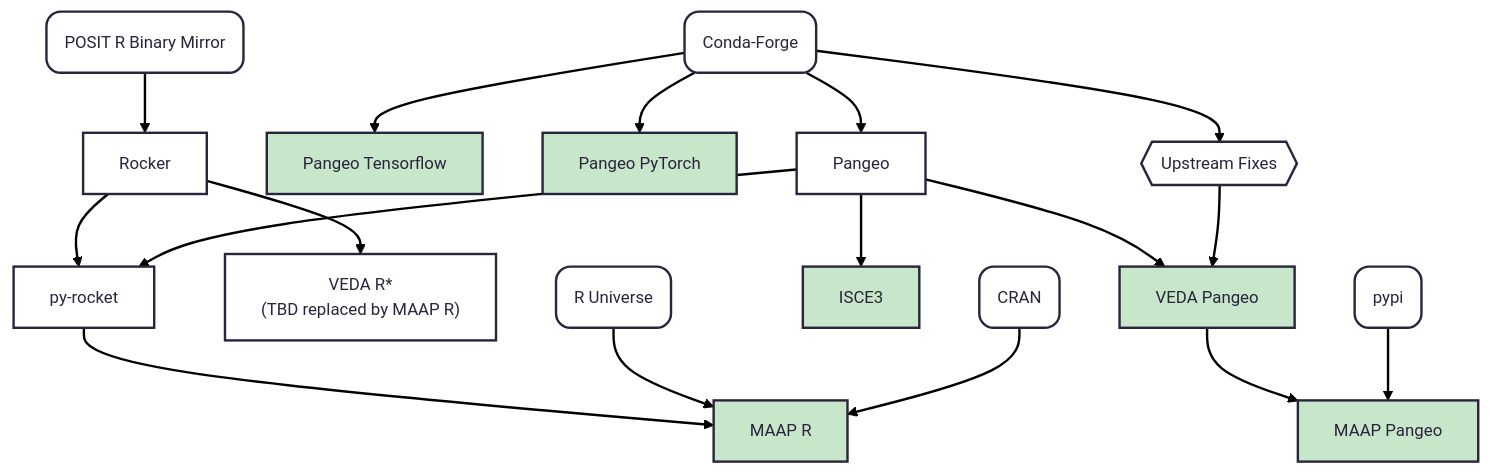
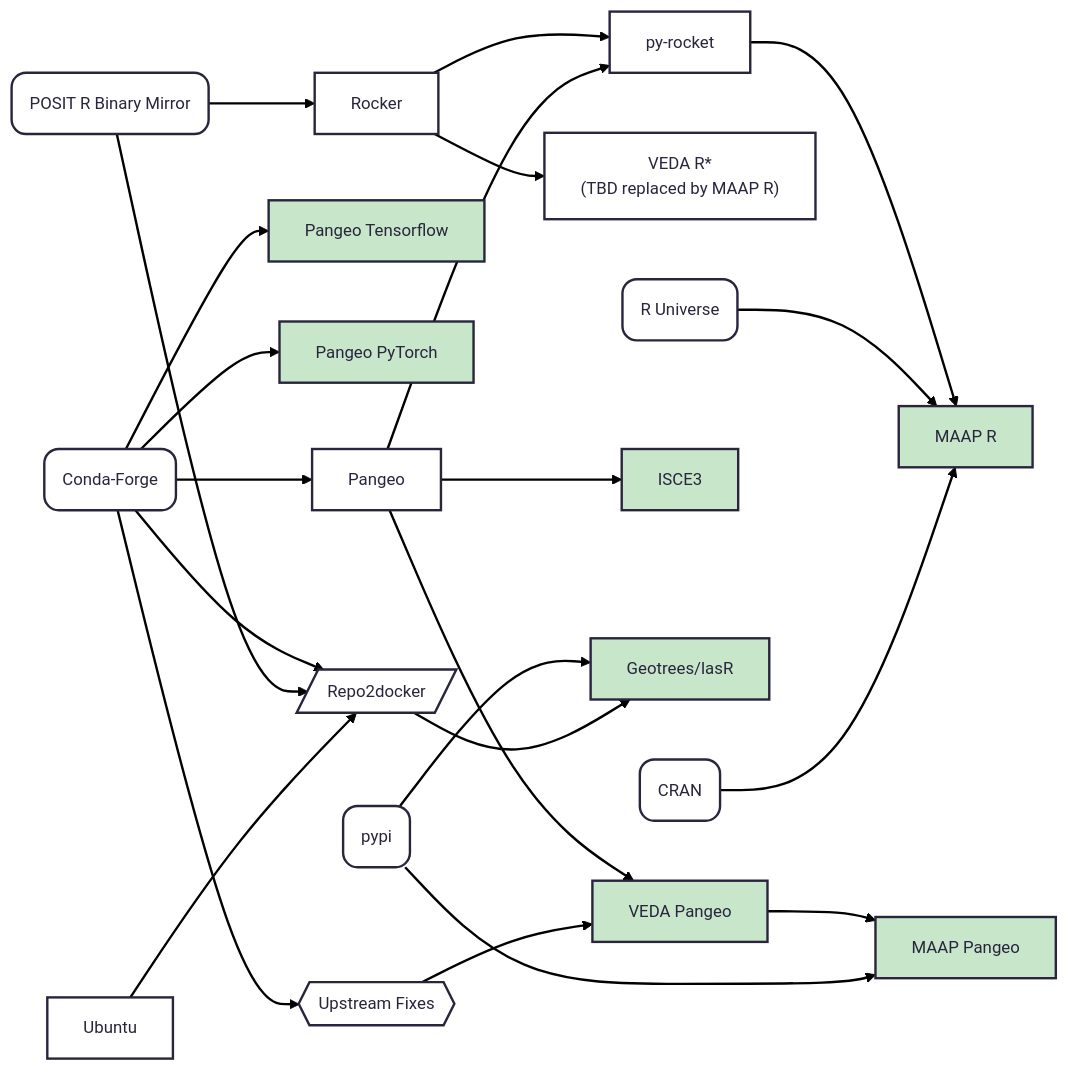
The diagram in workspaces.md (NASA-IMPACT/science-support), drawn with Mermaid before and after one commit.

Commit message:
Change flowchart direction and add nodes
Left to Right might be easier to read?

````diff
--- a/workspaces.md
+++ b/workspaces.md
@@ -5,32 +5,37 @@
 ```mermaid
 ---
 config:
   theme: redux
   layout: dagre
 ---
-flowchart TB
-    n1["Conda-Forge"] --> n6["Pangeo"] & n16["Pangeo Tensorflow"] & n17["Pangeo PyTorch"]
-    n2["POSIT R Binary Mirror"] --> n7["Rocker"]
+flowchart LR
+    n1["Conda-Forge"] --> n6["Pangeo"] & n16["Pangeo Tensorflow"] & n17["Pangeo PyTorch"] & n11["Upstream Fixes"] & n18["Repo2docker"]
+    n2["POSIT R Binary Mirror"] --> n7["Rocker"] & n18
     n7 --> n8["py-rocket"] & n13["VEDA R*<br>(TBD replaced by MAAP R)"]
     n6 --> n8 & n9["VEDA Pangeo"] & n14["ISCE3"]
     n9 --> n10["MAAP Pangeo"]
-    n11["Upstream Fixes"] --> n9
-    n4["pypi"] --> n10
+    n11 --> n9
+    n4["pypi"] --> n10 & n20["Geotrees/lasR"]
     n8 --> n12["MAAP R"]
     n5["R Universe"] --> n12
     n3["CRAN"] --> n12
-    n1 --> n11
+    n19["Ubuntu"] --> n18
+    n18 --> n20
 
     n1@{ shape: rounded}
+    n11@{ shape: hex}
+    n18@{ shape: lean-r}
     n2@{ shape: rounded}
-    n11@{ shape: hex}
     n4@{ shape: rounded}
+    n20@{ shape: rect}
     n5@{ shape: rounded}
     n3@{ shape: rounded}
+    n19@{ shape: rect}
     style n16 fill:#C8E6C9
     style n17 fill:#C8E6C9
     style n9 fill:#C8E6C9
     style n14 fill:#C8E6C9
     style n10 fill:#C8E6C9
+    style n20 fill:#C8E6C9
     style n12 fill:#C8E6C9
 ```
````
